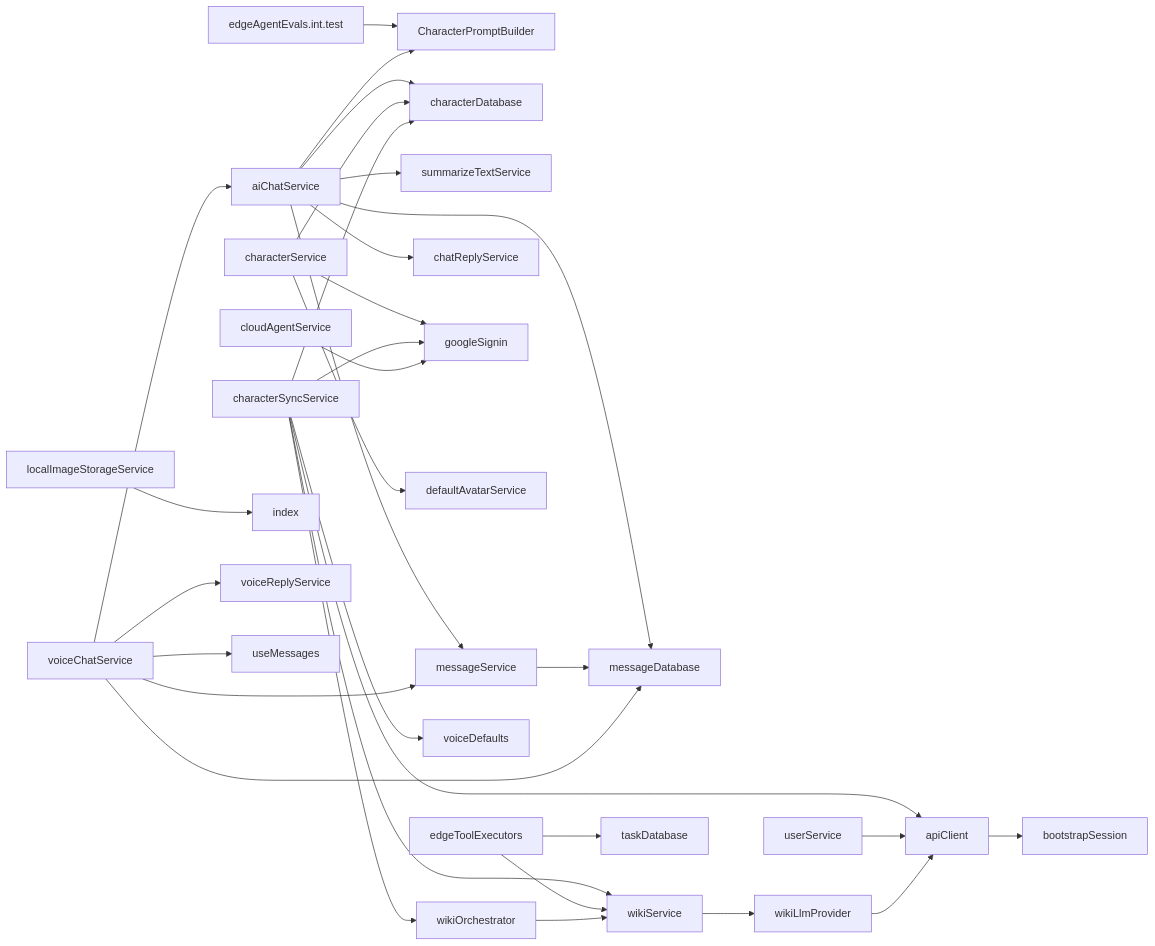
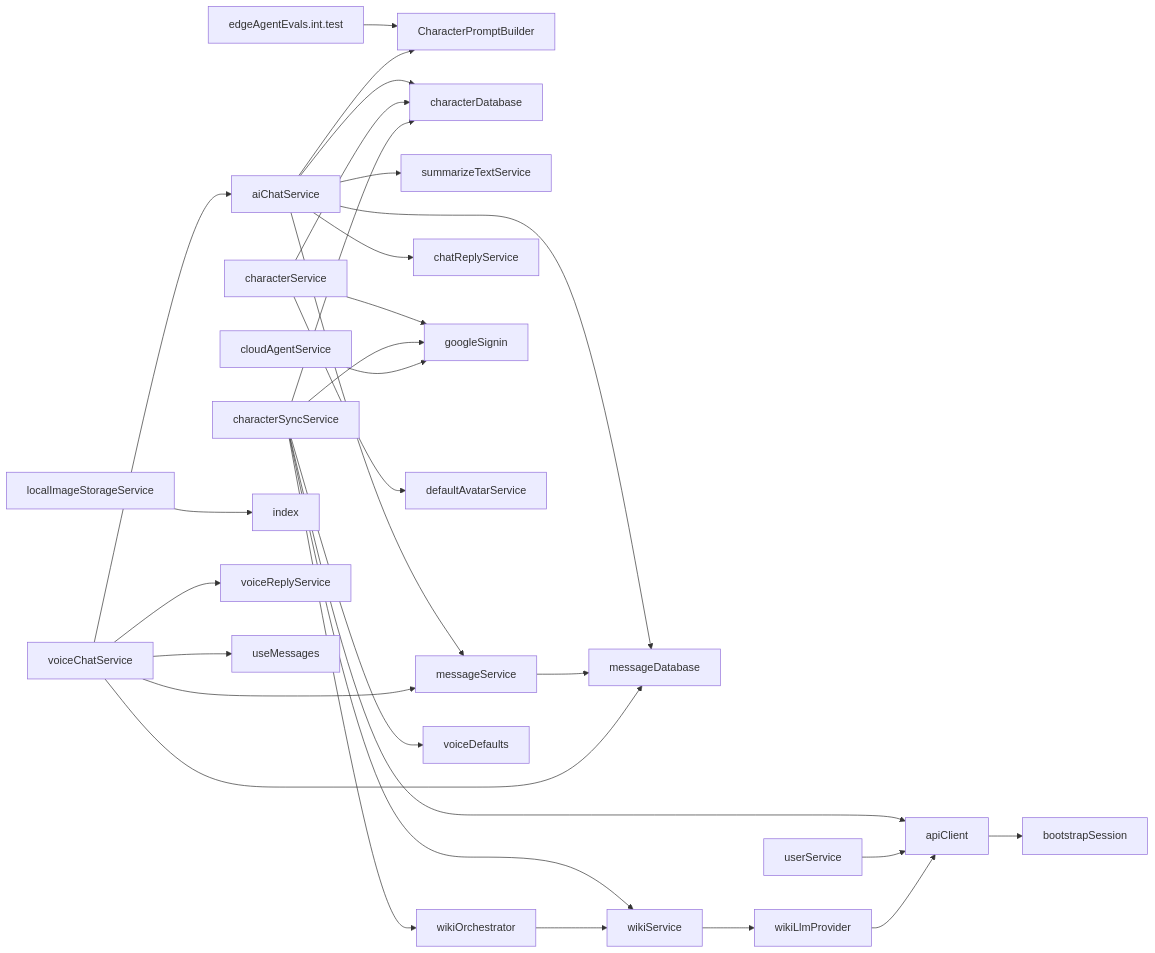
One commit to equationalapplications/clanker changed the diagram in docs/flowcharts/SERVICES.md. Above: the diagram before and after it, drawn with Mermaid. The commit also changed 4 other files, not shown here.

````diff
--- a/docs/flowcharts/SERVICES.md
+++ b/docs/flowcharts/SERVICES.md
@@ -4,34 +4,32 @@
 ```mermaid
 graph LR
   edgeAgentEvals.int.test --> CharacterPromptBuilder
   aiChatService --> messageDatabase
   aiChatService --> characterDatabase
   aiChatService --> summarizeTextService
   aiChatService --> messageService
   aiChatService --> CharacterPromptBuilder
   aiChatService --> chatReplyService
   apiClient --> bootstrapSession
   characterService --> googleSignin
   characterService --> characterDatabase
   characterService --> defaultAvatarService
   characterSyncService --> characterDatabase
   characterSyncService --> wikiService
   characterSyncService --> apiClient
   characterSyncService --> wikiOrchestrator
   characterSyncService --> googleSignin
   characterSyncService --> voiceDefaults
   cloudAgentService --> googleSignin
-  edgeToolExecutors --> wikiService
-  edgeToolExecutors --> taskDatabase
   localImageStorageService --> index
   messageService --> messageDatabase
   userService --> apiClient
   voiceChatService --> messageService
   voiceChatService --> voiceReplyService
   voiceChatService --> messageDatabase
   voiceChatService --> aiChatService
   voiceChatService --> useMessages
   wikiLlmProvider --> apiClient
   wikiOrchestrator --> wikiService
   wikiService --> wikiLlmProvider
 ```
````
